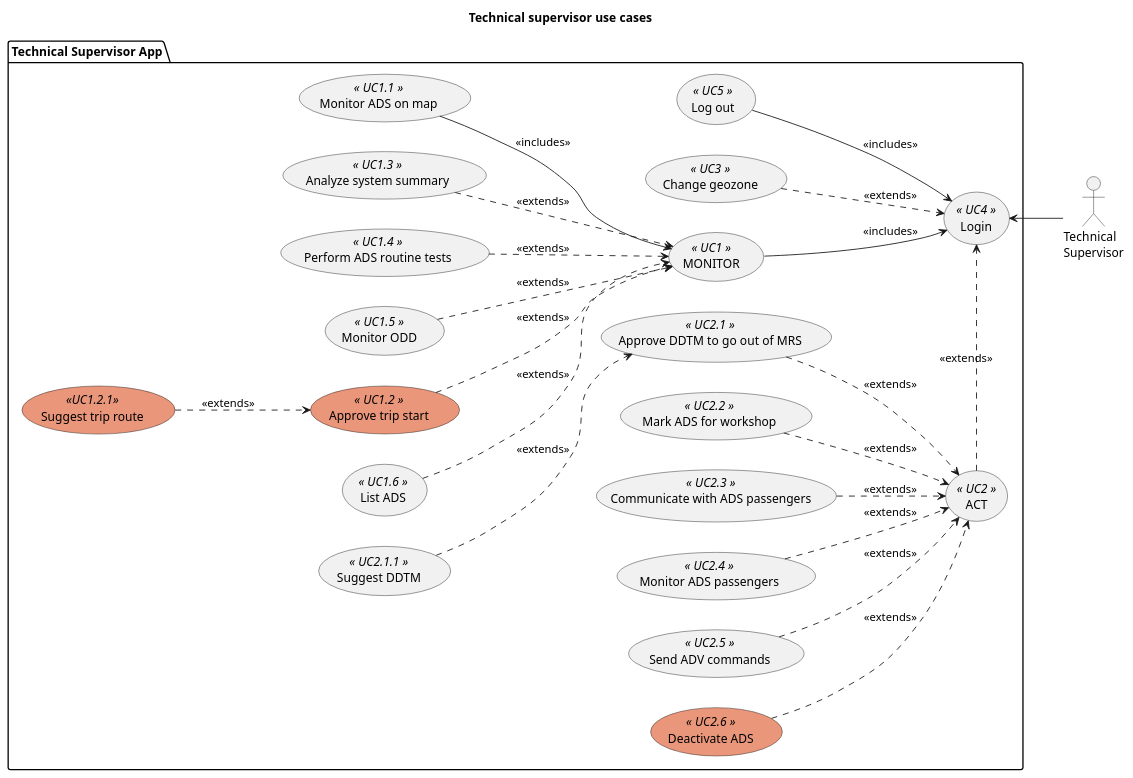
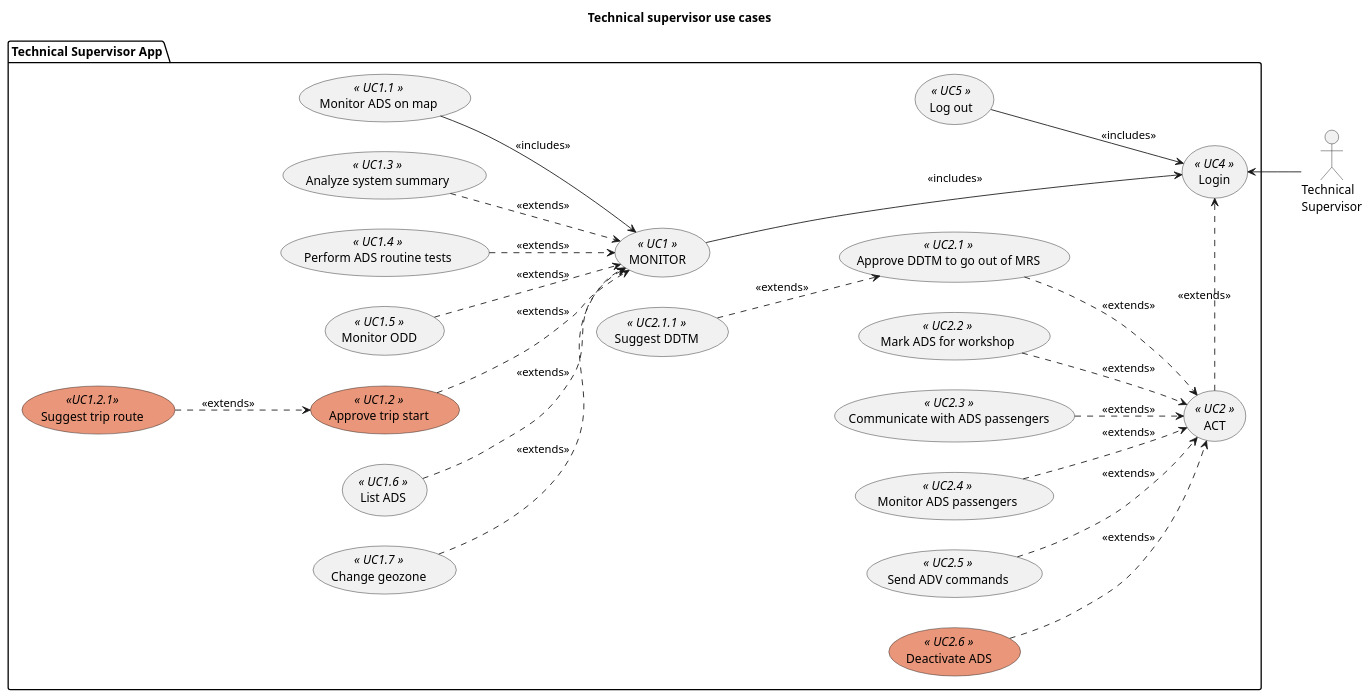
One commit to bruno-motorai/uml changed the diagram in technical_supervisor/use_cases.pu. Above: the diagram before and after it, drawn with PlantUML.

Commit message:
Move change geozone use case under monitoring

```diff
--- a/technical_supervisor/use_cases.pu
+++ b/technical_supervisor/use_cases.pu
@@ -1,59 +1,60 @@
 @startuml ts_use_cases
 title Technical supervisor use cases
 
 left to right direction
 
 actor :Technical\nSupervisor: as TS1
 
 package "Technical Supervisor App" {
     usecase UC4 as (Login) <<  UC4  >>
     usecase UC5 as (Log out) <<  UC5  >>
     usecase UC1 as (MONITOR)<<  UC1  >>
     usecase UC2 as (ACT) <<  UC2  >>
-    usecase UC3 as (Change geozone) <<  UC3  >>
+    ' usecase UC3 as (Change geozone) <<  UC3  >>
 
     ' Supervise system
     usecase UC102 as (Monitor ADS on map) <<  UC1.1  >>
     usecase UC100 as (Approve trip start) <<  UC1.2  >> #DarkSalmon
     usecase UC101 as (Analyze system summary) <<  UC1.3  >>
     usecase UC104 as (Perform ADS routine tests) <<  UC1.4  >>
     usecase UC105 as (Monitor ODD) <<  UC1.5  >>
     usecase UC106 as (Suggest trip route) << UC1.2.1 >> #DarkSalmon
     usecase UC107 as (List ADS) <<  UC1.6  >>
+    usecase UC108 as (Change geozone) <<  UC1.7  >>
 
     ' Supervise ADS
     usecase UC201 as (Approve DDTM to go out of MRS) <<  UC2.1  >>
     usecase UC202 as (Suggest DDTM) <<  UC2.1.1  >>
     usecase UC203 as (Mark ADS for workshop) <<  UC2.2  >>
     usecase UC204 as (Communicate with ADS passengers) <<  UC2.3  >>
     usecase UC205 as (Monitor ADS passengers) <<  UC2.4  >>
     usecase UC206 as (Send ADV commands) <<  UC2.5  >>
     usecase UC207 as (Deactivate ADS) <<  UC2.6  >> #DarkSalmon
 }
 
 ' User connections
 TS1 -up-> UC4
 UC2 -> UC4 #line.dashed : <<extends>> 
-UC1 --> UC4 : <<includes>> 
-UC3 --> UC4 #line.dashed : <<extends>> 
+UC1 ---> UC4 : <<includes>> 
 UC5 --> UC4 : <<includes>>
 
 ' Supervise system
 UC100 --> UC1 #line.dashed : <<extends>>
 UC106 --> UC100 #line.dashed : <<extends>>
 UC101 --> UC1 #line.dashed : <<extends>>
 UC102 --> UC1 : <<includes>>
 UC104 --> UC1 #line.dashed : <<extends>>
 UC105 --> UC1 #line.dashed : <<extends>>
 UC107 --> UC1 #line.dashed : <<extends>>
+UC108 -d-> UC1 #line.dashed : <<extends>>
 
 ' Supervise ADS
 UC201 --> UC2 #line.dashed : <<extends>>
 UC202 --> UC201 #line.dashed : <<extends>>
 UC203 --> UC2 #line.dashed : <<extends>>
 UC204 --> UC2 #line.dashed : <<extends>>
 UC205 --> UC2 #line.dashed : <<extends>>
 UC206 --> UC2 #line.dashed : <<extends>>
 UC207 --> UC2 #line.dashed : <<extends>>
 
 @enduml
```
